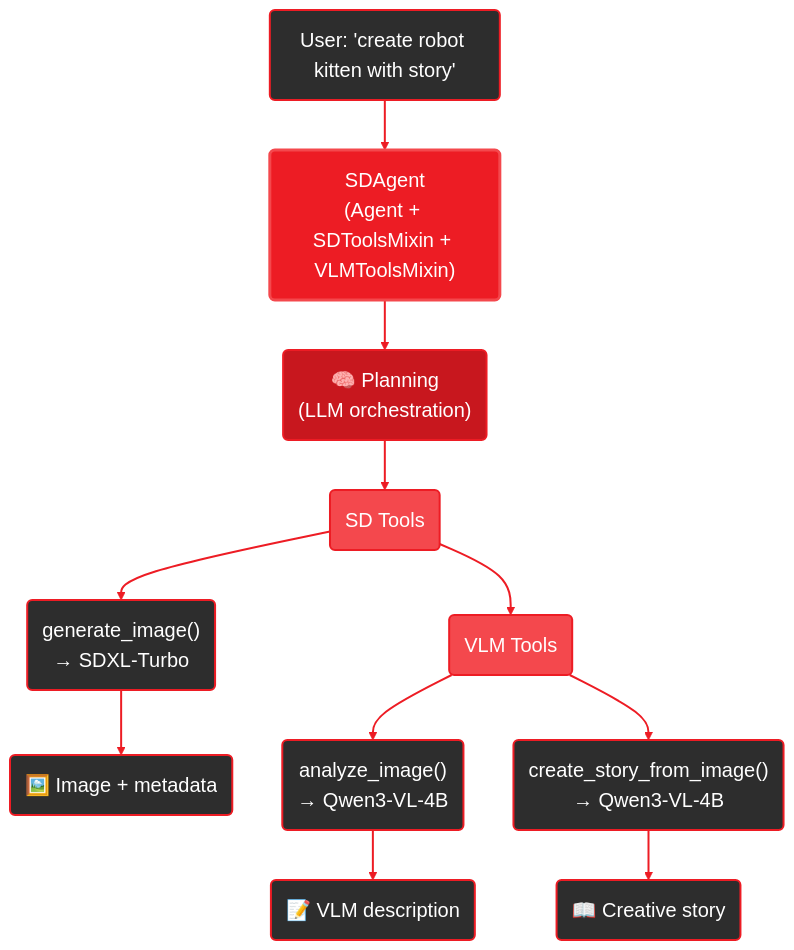
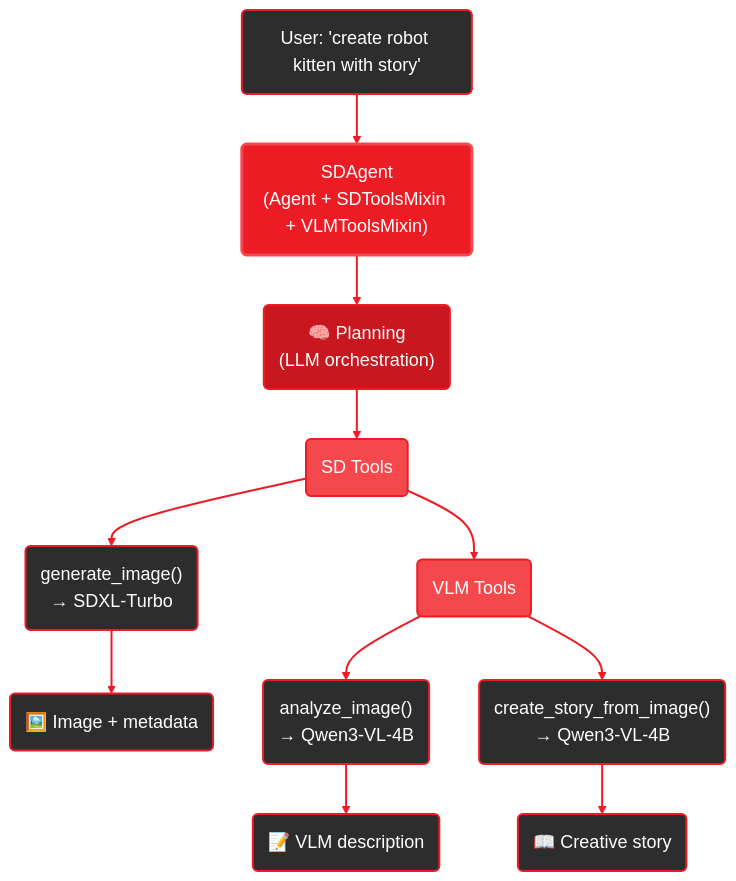
Before and after one commit to amd/gaia: the diagram in docs/guides/sd.mdx, drawn with Mermaid.

Commit message:
Reduce diagram font size from 20px to 18px
Adjusted for better balance between readability and fitting on screen.

````diff
--- a/docs/guides/sd.mdx
+++ b/docs/guides/sd.mdx
@@ -86,36 +86,36 @@
 ```mermaid
-%%{init: {'theme':'base', 'themeVariables': { 'primaryColor':'#ED1C24', 'fontSize':'20px', 'lineColor':'#ED1C24', 'primaryTextColor':'#fff', 'edgeLabelBackground':'#1a1a1a'}, 'flowchart': {'curve': 'basis'}}}%%
+%%{init: {'theme':'base', 'themeVariables': { 'primaryColor':'#ED1C24', 'fontSize':'18px', 'lineColor':'#ED1C24', 'primaryTextColor':'#fff', 'edgeLabelBackground':'#1a1a1a'}, 'flowchart': {'curve': 'basis'}}}%%
 graph TB
     User("User: 'create robot kitten with story'")
     Agent("SDAgent<br/>(Agent + SDToolsMixin + VLMToolsMixin)")
     Plan("🧠 Planning<br/>(LLM orchestration)")
 
     User --> Agent
     Agent --> Plan
     Plan --> SDTools("SD Tools")
 
     SDTools --> GenImg("generate_image()<br/>→ SDXL-Turbo")
     GenImg --> Output("🖼️ Image + metadata")
 
     SDTools --> VLMTools("VLM Tools")
 
     VLMTools --> Analyze("analyze_image()<br/>→ Qwen3-VL-4B")
     Analyze --> Output2("📝 VLM description")
 
     VLMTools --> Story("create_story_from_image()<br/>→ Qwen3-VL-4B")
     Story --> Output3("📖 Creative story")
 
     style User fill:#2d2d2d,stroke:#ED1C24,stroke-width:2px,color:#fff
     style Agent fill:#ED1C24,stroke:#F4484D,stroke-width:3px,color:#fff
     style Plan fill:#C8171E,stroke:#ED1C24,stroke-width:2px,color:#fff
     style SDTools fill:#F4484D,stroke:#ED1C24,stroke-width:2px,color:#fff
     style VLMTools fill:#F4484D,stroke:#ED1C24,stroke-width:2px,color:#fff
     style GenImg fill:#2d2d2d,stroke:#ED1C24,stroke-width:2px,color:#fff
     style Analyze fill:#2d2d2d,stroke:#ED1C24,stroke-width:2px,color:#fff
     style Story fill:#2d2d2d,stroke:#ED1C24,stroke-width:2px,color:#fff
     style Output fill:#2d2d2d,stroke:#ED1C24,stroke-width:2px,color:#fff
     style Output2 fill:#2d2d2d,stroke:#ED1C24,stroke-width:2px,color:#fff
     style Output3 fill:#2d2d2d,stroke:#ED1C24,stroke-width:2px,color:#fff
 
     linkStyle default stroke:#ED1C24,stroke-width:2px
 ```
````
